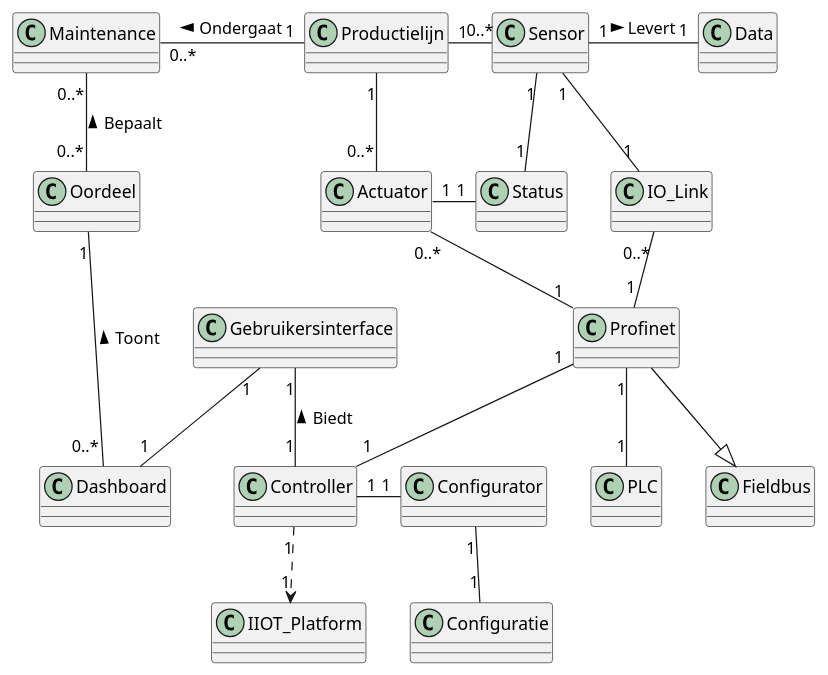
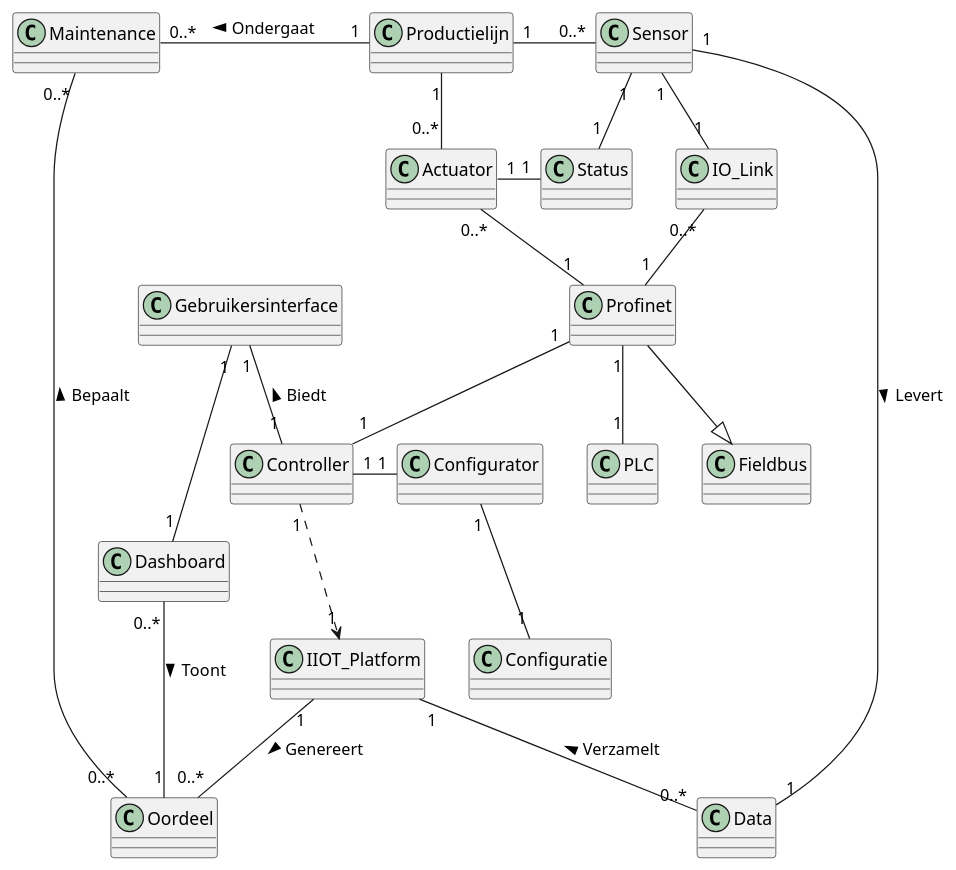
One commit to FinnsterB/soda-factory-data-collection changed the diagram in docs/development/domain.puml. Above: the diagram before and after it, drawn with PlantUML. The commit also changed 3 other files, not shown here.

```diff
--- a/docs/development/domain.puml
+++ b/docs/development/domain.puml
@@ -1,43 +1,44 @@
-@startuml Domain
+@startuml domain
 class Sensor{}
 class Actuator{}
 class Productielijn{}
 class Controller{}
 class Maintenance{}
 class PLC{}
 class IO_Link{}
 class Profinet{}
 class Fieldbus{}
 class IIOT_Platform{}
 class Oordeel{}
 class Dashboard{}
 class Data{}
 class Status{}
 class Configuratie{}
 class Configurator{}
 class Gebruikersinterface{}
 
 
 Productielijn "1"-"  0..*" Sensor
 Productielijn "1"--"0..*" Actuator
 Sensor "1"-"1" Data : Levert >
 Actuator "1"-"1" Status
 Sensor "1"-"1" Status
 Sensor "1"--"1" IO_Link
 Actuator "0..*"--"1" Profinet
 IO_Link "0..*"--"1" Profinet
 Profinet "1"--"1" PLC
 Profinet "1"--"1" Controller
 Controller "1"-"1" Configurator
 Configurator "1"--"1" Configuratie
 Controller "1"..>"1" IIOT_Platform
 Gebruikersinterface "1"--"1" Controller : < Biedt
-Gebruikersinterface "1"-"1" Dashboard
-Oordeel "1"---"  0..*" Dashboard : < Toont
+Gebruikersinterface "1"--"1" Dashboard
+Oordeel "1"--left-"  0..*" Dashboard : < Toont
 Profinet --|> Fieldbus
 Maintenance "0..*"--"0..*" Oordeel : < Bepaalt
 Productielijn "1"-left-"0..*" Maintenance : Ondergaat >
-
+IIOT_Platform "1"--"0..*" Data : < Verzamelt
+IIOT_Platform "1"--"0..*" Oordeel : Genereert >
 
 
 @enduml
```
